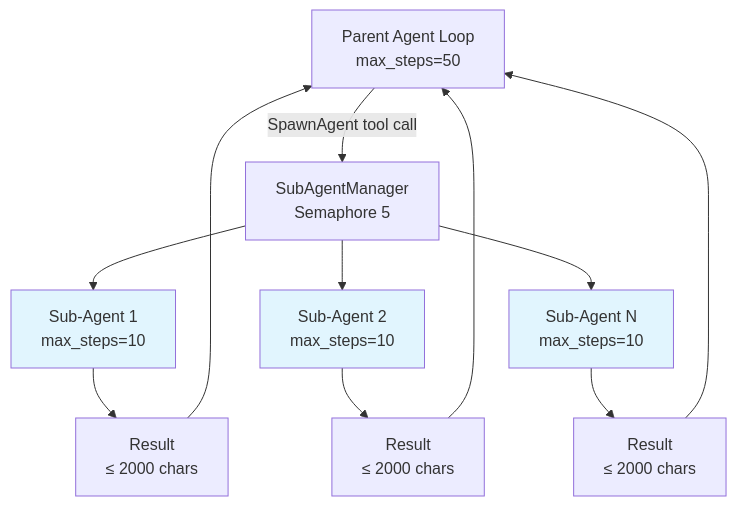
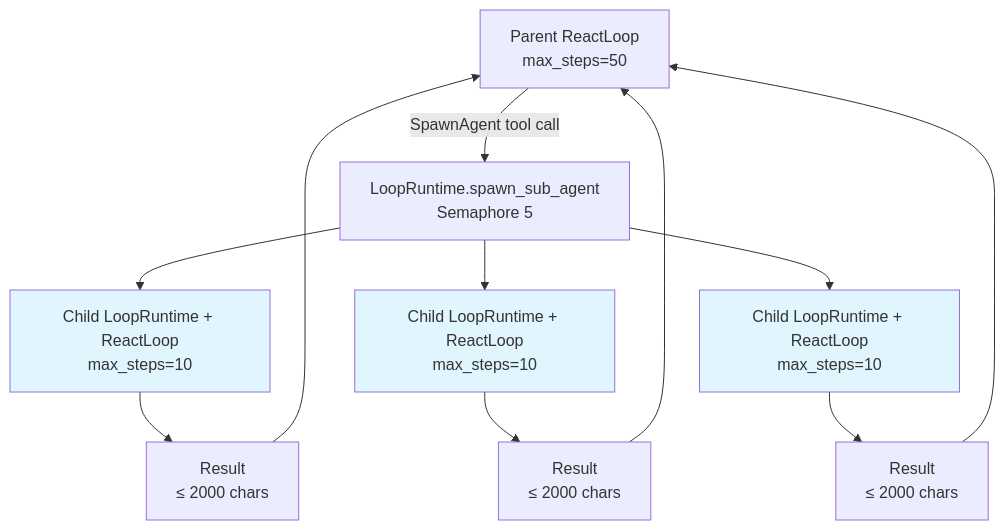
One commit to suman724/cowork-agent-runtime changed diagram 11 of 24 in docs/agent-loop-architecture.md. Above: the diagram before and after it, drawn with Mermaid. The commit also changed other lines of this file and 15 other files, not shown here.

First line of the commit message:
refactor(loop): decompose AgentLoop into LoopRuntime + LoopStrategy + ReactLoop (#33)

````diff
--- a/docs/agent-loop-architecture.md
+++ b/docs/agent-loop-architecture.md
@@ -687,20 +746,20 @@
 ```mermaid
 flowchart TB
-    Parent[Parent Agent Loop<br/>max_steps=50] -->|SpawnAgent tool call| SAM[SubAgentManager<br/>Semaphore 5]
+    Parent[Parent ReactLoop<br/>max_steps=50] -->|SpawnAgent tool call| LR[LoopRuntime.spawn_sub_agent<br/>Semaphore 5]
 
-    SAM --> Sub1[Sub-Agent 1<br/>max_steps=10]
-    SAM --> Sub2[Sub-Agent 2<br/>max_steps=10]
-    SAM --> SubN[Sub-Agent N<br/>max_steps=10]
+    LR --> Sub1[Child LoopRuntime + ReactLoop<br/>max_steps=10]
+    LR --> Sub2[Child LoopRuntime + ReactLoop<br/>max_steps=10]
+    LR --> SubN[Child LoopRuntime + ReactLoop<br/>max_steps=10]
 
     Sub1 --> Result1[Result<br/>≤ 2000 chars]
     Sub2 --> Result2[Result<br/>≤ 2000 chars]
     SubN --> ResultN[Result<br/>≤ 2000 chars]
 
     Result1 --> Parent
     Result2 --> Parent
     ResultN --> Parent
 
     style Sub1 fill:#e1f5fe
     style Sub2 fill:#e1f5fe
     style SubN fill:#e1f5fe
 ```
````
